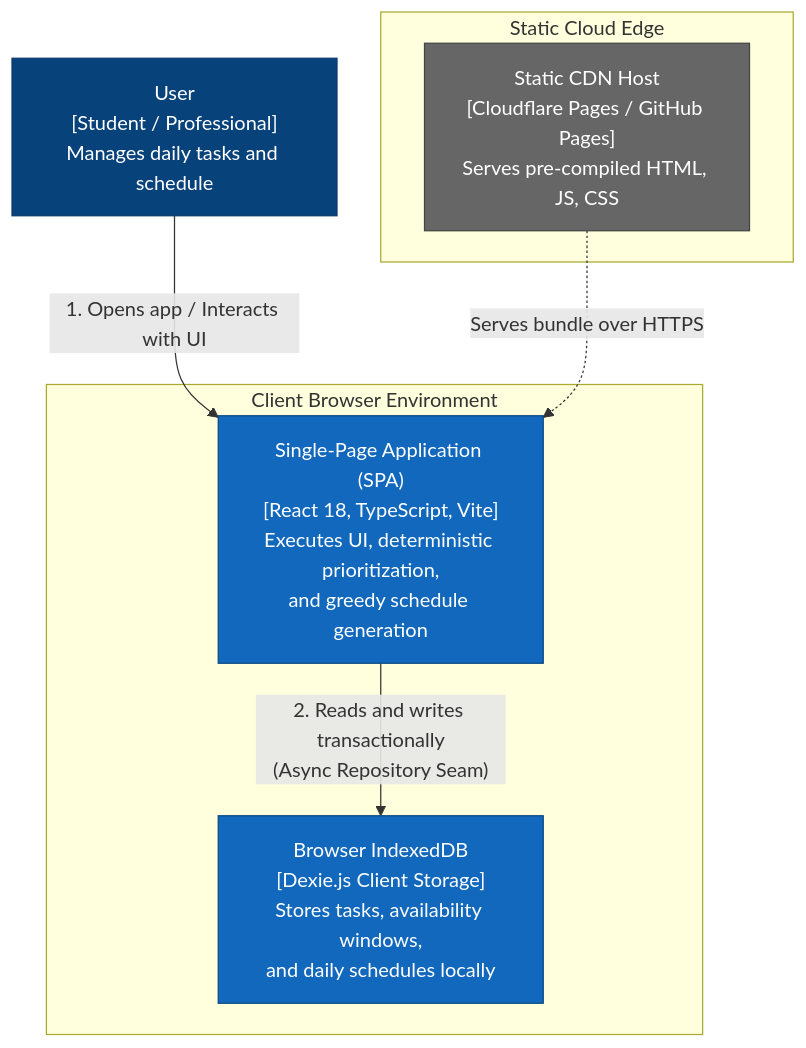
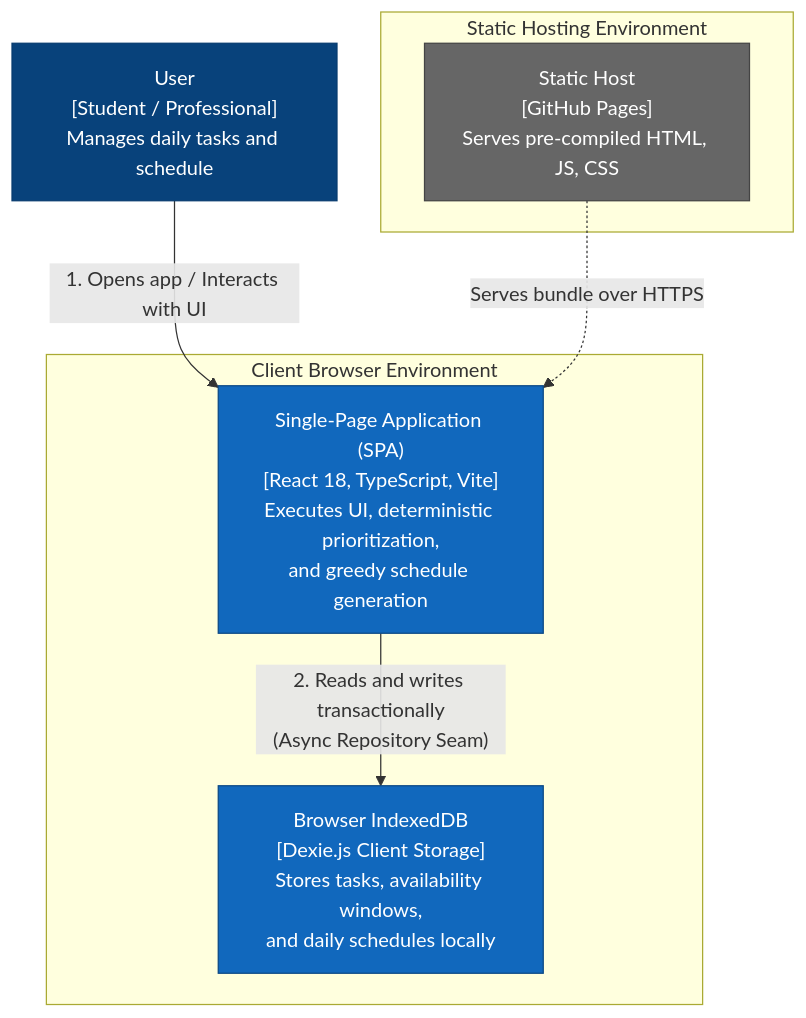
The second of 3 diagrams in docs/architecture.md (JohnnyJoster3223/Paise_ProjektWS26), drawn with Mermaid before and after one commit. The commit also changed other lines of this file and 6 other files, not shown here.

Commit message:
docs(architecture): reduce complexity of documentation

````diff
--- a/docs/architecture.md
+++ b/docs/architecture.md
@@ -164,22 +173,22 @@
 ```mermaid
 flowchart TD
     classDef person fill:#08427B,stroke:#073B6F,color:#fff;
     classDef spa fill:#1168BD,stroke:#0B4884,color:#fff;
     classDef storage fill:#1168BD,stroke:#0B4884,color:#fff;
     classDef cdn fill:#666666,stroke:#444444,color:#fff;
 
     User["User<br/>[Student / Professional]<br/>Manages daily tasks and schedule"]:::person
 
     subgraph BrowserEnvironment ["Client Browser Environment"]
         SPA["Single-Page Application (SPA)<br/>[React 18, TypeScript, Vite]<br/>Executes UI, deterministic prioritization,<br/>and greedy schedule generation"]:::spa
         IndexedDB["Browser IndexedDB<br/>[Dexie.js Client Storage]<br/>Stores tasks, availability windows,<br/>and daily schedules locally"]:::storage
     end
 
-    subgraph StaticHosting ["Static Cloud Edge"]
-        Cloudflare["Static CDN Host<br/>[Cloudflare Pages / GitHub Pages]<br/>Serves pre-compiled HTML, JS, CSS"]:::cdn
+    subgraph StaticHosting ["Static Hosting Environment"]
+        GitHubPages["Static Host<br/>[GitHub Pages]<br/>Serves pre-compiled HTML, JS, CSS"]:::cdn
     end
 
     User -->|"1. Opens app / Interacts with UI"| SPA
-    Cloudflare -.->|"Serves bundle over HTTPS"| SPA
+    GitHubPages -.->|"Serves bundle over HTTPS"| SPA
     SPA -->|"2. Reads and writes transactionally<br/>(Async Repository Seam)"| IndexedDB
 ```
````
